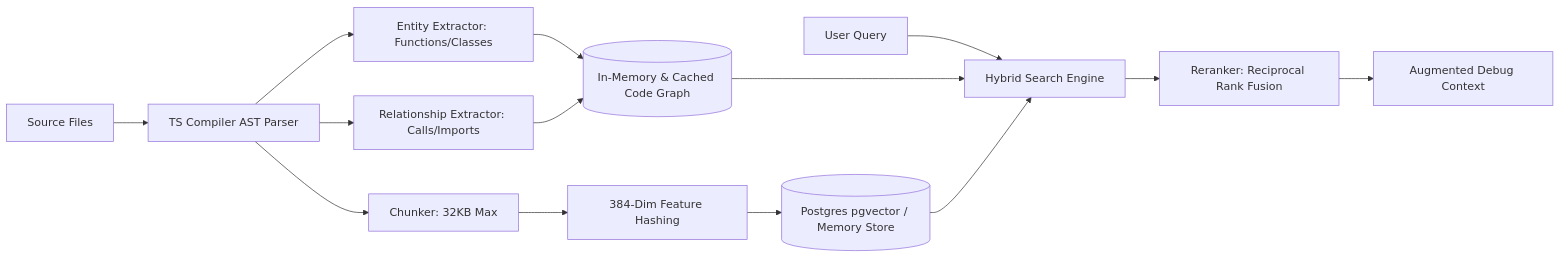
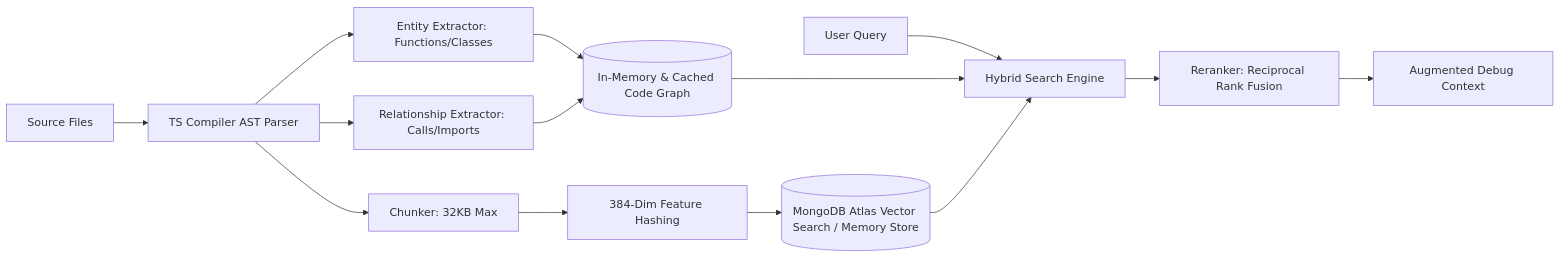
The fourth of 5 diagrams in docs/architecture.md (HarshPariya/git-agent), drawn with Mermaid before and after one commit. The commit also changed other lines of this file and 70 other files, not shown here.

````diff
--- a/docs/architecture.md
+++ b/docs/architecture.md
@@ -300,19 +300,19 @@
 ```mermaid
 flowchart LR
     SRC[Source Files] --> AST[TS Compiler AST Parser]
     AST --> CHUNKER[Chunker: 32KB Max]
     AST --> ENTITIES[Entity Extractor: Functions/Classes]
     AST --> RELATIONS[Relationship Extractor: Calls/Imports]
     
     ENTITIES --> GRAPH[(In-Memory & Cached Code Graph)]
     RELATIONS --> GRAPH
     
     CHUNKER --> EMBEDDER[384-Dim Feature Hashing]
-    EMBEDDER --> VECTOR_STORE[(Postgres pgvector / Memory Store)]
+    EMBEDDER --> VECTOR_STORE[(MongoDB Atlas Vector Search / Memory Store)]
     
     QUERY[User Query] --> HYBRID[Hybrid Search Engine]
     GRAPH --> HYBRID
     VECTOR_STORE --> HYBRID
     HYBRID --> RRF[Reranker: Reciprocal Rank Fusion]
     RRF --> CONTEXT[Augmented Debug Context]
 ```
````
